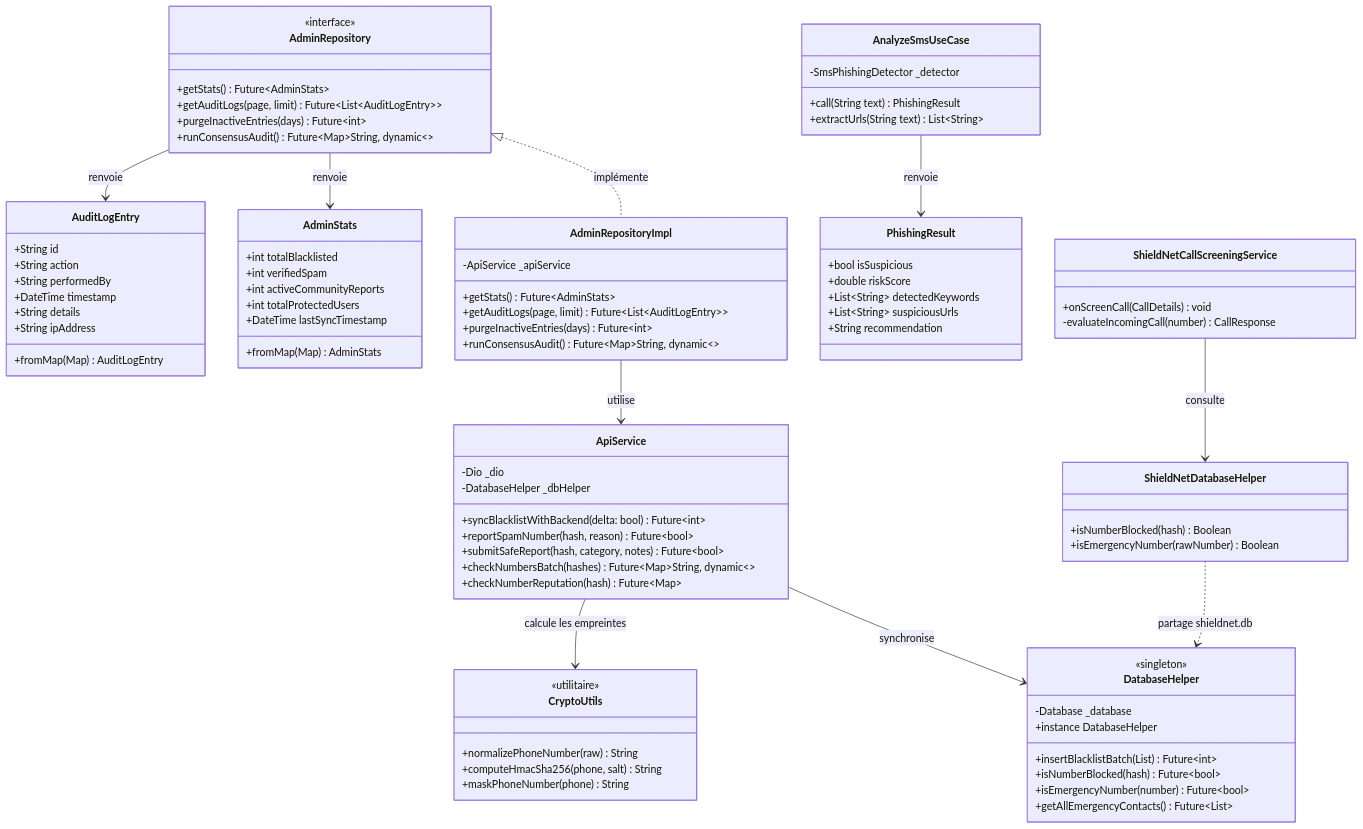
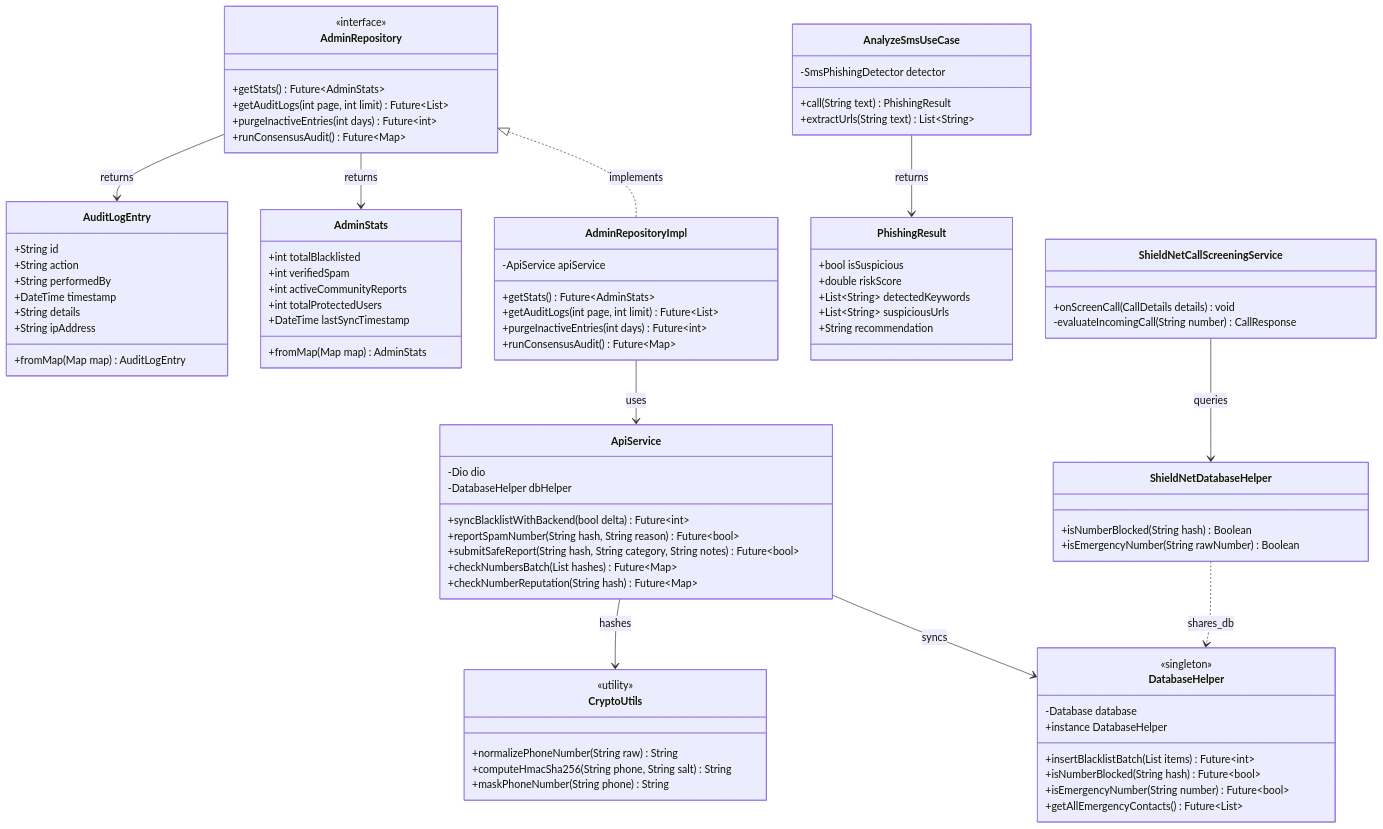
One commit to fadelilyas01/Projet_Synthese changed the third of 7 diagrams in docs/ARCHITECTURE_ET_CONCEPTION.md. Above: the diagram before and after it, drawn with Mermaid. The commit also changed other lines of this file and 19 other files, not shown here.

Commit message:
feat: add comprehensive features, pages, tests, and documentation for ShieldNet backend and mobile app

````diff
--- a/docs/ARCHITECTURE_ET_CONCEPTION.md
+++ b/docs/ARCHITECTURE_ET_CONCEPTION.md
@@ -130,9 +133,9 @@
     class AdminRepository {
         <<interface>>
         +getStats() Future~AdminStats~
-        +getAuditLogs(page, limit) Future~List~AuditLogEntry~~
-        +purgeInactiveEntries(days) Future~int~
-        +runConsensusAudit() Future~Map~String, dynamic~~
+        +getAuditLogs(int page, int limit) Future~List~
+        +purgeInactiveEntries(int days) Future~int~
+        +runConsensusAudit() Future~Map~
     }
 
     class AdminStats {
@@ -141,7 +144,7 @@
         +int activeCommunityReports
         +int totalProtectedUsers
         +DateTime lastSyncTimestamp
-        +fromMap(Map) AdminStats
+        +fromMap(Map map) AdminStats
     }
 
     class AuditLogEntry {
@@ -151,11 +154,11 @@
         +DateTime timestamp
         +String details
         +String ipAddress
-        +fromMap(Map) AuditLogEntry
+        +fromMap(Map map) AuditLogEntry
     }
 
     class AnalyzeSmsUseCase {
-        -SmsPhishingDetector _detector
+        -SmsPhishingDetector detector
         +call(String text) PhishingResult
         +extractUrls(String text) List~String~
     }
@@ -170,60 +173,60 @@
 
     %% Couche Données
     class AdminRepositoryImpl {
-        -ApiService _apiService
+        -ApiService apiService
         +getStats() Future~AdminStats~
-        +getAuditLogs(page, limit) Future~List~AuditLogEntry~~
-        +purgeInactiveEntries(days) Future~int~
-        +runConsensusAudit() Future~Map~String, dynamic~~
+        +getAuditLogs(int page, int limit) Future~List~
+        +purgeInactiveEntries(int days) Future~int~
+        +runConsensusAudit() Future~Map~
     }
 
     %% Socle Technique
     class ApiService {
-        -Dio _dio
-        -DatabaseHelper _dbHelper
-        +syncBlacklistWithBackend(delta: bool) Future~int~
-        +reportSpamNumber(hash, reason) Future~bool~
-        +submitSafeReport(hash, category, notes) Future~bool~
-        +checkNumbersBatch(hashes) Future~Map~String, dynamic~~
-        +checkNumberReputation(hash) Future~Map~
+        -Dio dio
+        -DatabaseHelper dbHelper
+        +syncBlacklistWithBackend(bool delta) Future~int~
+        +reportSpamNumber(String hash, String reason) Future~bool~
+        +submitSafeReport(String hash, String category, String notes) Future~bool~
+        +checkNumbersBatch(List hashes) Future~Map~
+        +checkNumberReputation(String hash) Future~Map~
     }
 
     class DatabaseHelper {
         <<singleton>>
-        -Database _database
+        -Database database
         +instance DatabaseHelper
-        +insertBlacklistBatch(List) Future~int~
-        +isNumberBlocked(hash) Future~bool~
-        +isEmergencyNumber(number) Future~bool~
+        +insertBlacklistBatch(List items) Future~int~
+        +isNumberBlocked(String hash) Future~bool~
+        +isEmergencyNumber(String number) Future~bool~
         +getAllEmergencyContacts() Future~List~
     }
 
     class CryptoUtils {
-        <<utilitaire>>
-        +normalizePhoneNumber(raw) String
-        +computeHmacSha256(phone, salt) String
-        +maskPhoneNumber(phone) String
+        <<utility>>
+        +normalizePhoneNumber(String raw) String
+        +computeHmacSha256(String phone, String salt) String
+        +maskPhoneNumber(String phone) String
     }
 
     %% Composants Android Natifs
     class ShieldNetCallScreeningService {
-        +onScreenCall(CallDetails) void
-        -evaluateIncomingCall(number) CallResponse
+        +onScreenCall(CallDetails details) void
+        -evaluateIncomingCall(String number) CallResponse
     }
 
     class ShieldNetDatabaseHelper {
-        +isNumberBlocked(hash) Boolean
-        +isEmergencyNumber(rawNumber) Boolean
+        +isNumberBlocked(String hash) Boolean
+        +isEmergencyNumber(String rawNumber) Boolean
     }
 
     %% Relations
-    AdminRepository <|.. AdminRepositoryImpl : implémente
-    AdminRepositoryImpl --> ApiService : utilise
-    AdminRepository --> AdminStats : renvoie
-    AdminRepository --> AuditLogEntry : renvoie
-    AnalyzeSmsUseCase --> PhishingResult : renvoie
-    ApiService --> DatabaseHelper : synchronise
-    ApiService --> CryptoUtils : calcule les empreintes
-    ShieldNetCallScreeningService --> ShieldNetDatabaseHelper : consulte
-    ShieldNetDatabaseHelper ..> DatabaseHelper : partage shieldnet.db
+    AdminRepository <|.. AdminRepositoryImpl : implements
+    AdminRepositoryImpl --> ApiService : uses
+    AdminRepository --> AdminStats : returns
+    AdminRepository --> AuditLogEntry : returns
+    AnalyzeSmsUseCase --> PhishingResult : returns
+    ApiService --> DatabaseHelper : syncs
+    ApiService --> CryptoUtils : hashes
+    ShieldNetCallScreeningService --> ShieldNetDatabaseHelper : queries
+    ShieldNetDatabaseHelper ..> DatabaseHelper : shares_db
 ```
````
